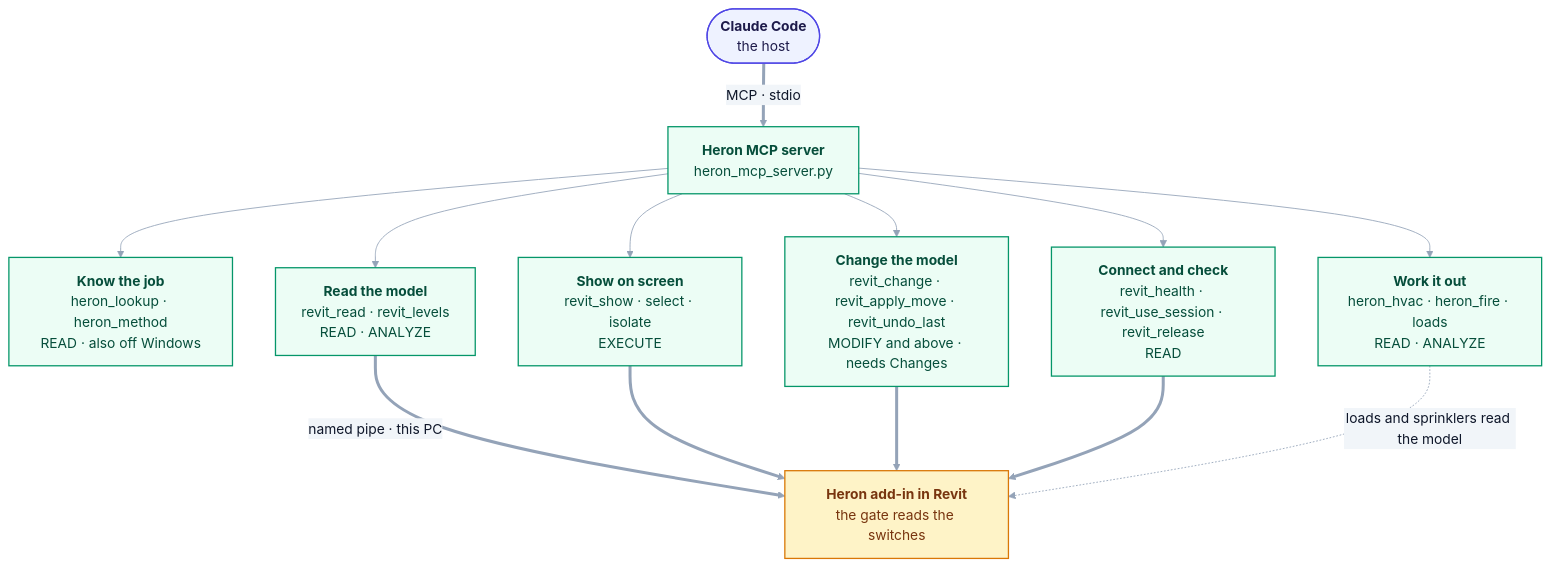
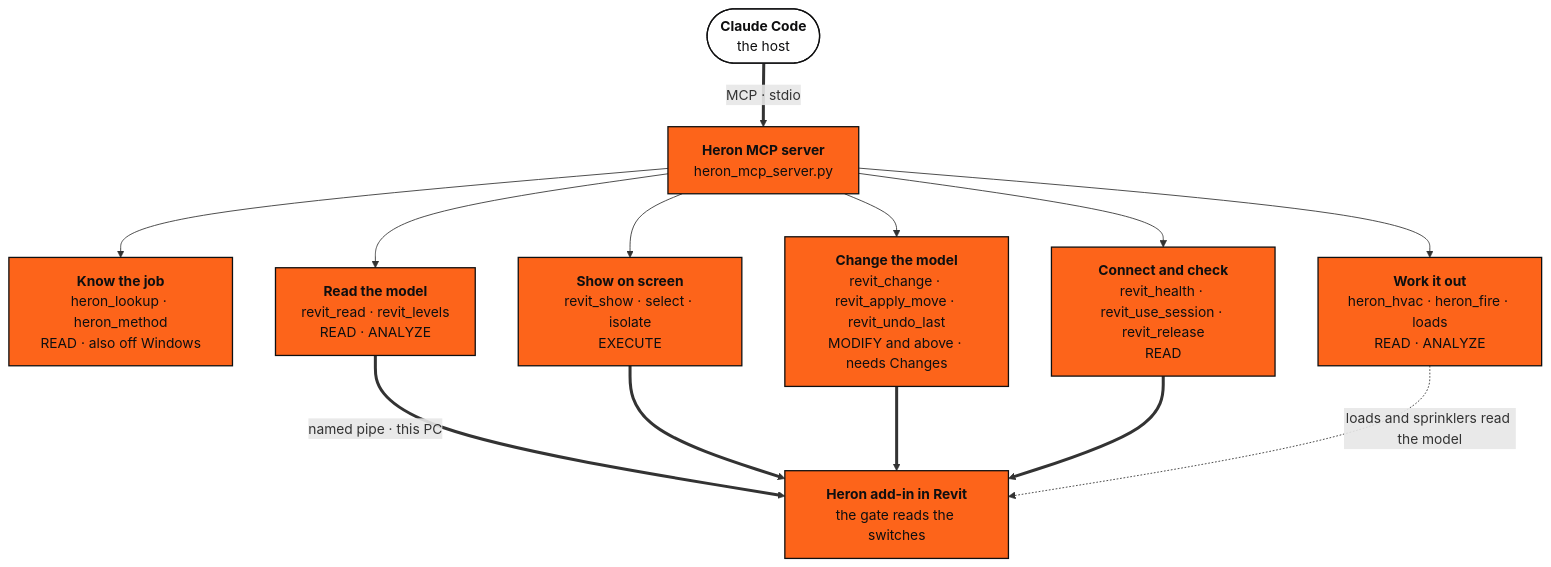
Before and after one commit to Ajmalpshaik/Heron-AI: the diagram in mcp/README.md, drawn with Mermaid. The commit also changed 44 other files, not shown here.

First line of the commit message:
Diagrams in the other docs move to the brand palette (D-149, #1116)

````diff
--- a/mcp/README.md
+++ b/mcp/README.md
@@ -29,33 +29,32 @@
 ```mermaid
-%%{init: {"themeVariables": {"edgeLabelBackground":"#F1F5F9","lineColor":"#94A3B8","textColor":"#0F172A","tertiaryTextColor":"#0F172A"}}}%%
 flowchart TD
     CC(["<b>Claude Code</b><br/>the host"])
     S["<b>Heron MCP server</b><br/>heron_mcp_server.py"]
     K["<b>Know the job</b><br/>heron_lookup · heron_method<br/>READ · also off Windows"]
     W["<b>Work it out</b><br/>heron_hvac · heron_fire · loads<br/>READ · ANALYZE"]
     R["<b>Read the model</b><br/>revit_read · revit_levels<br/>READ · ANALYZE"]
     SH["<b>Show on screen</b><br/>revit_show · select · isolate<br/>EXECUTE"]
     C["<b>Change the model</b><br/>revit_change · revit_apply_move · revit_undo_last<br/>MODIFY and above · needs Changes"]
     H["<b>Connect and check</b><br/>revit_health · revit_use_session · revit_release<br/>READ"]
     AD["<b>Heron add-in in Revit</b><br/>the gate reads the switches"]
 
     CC ==>|MCP · stdio| S
     S --> K
     S --> W
     S --> R
     S --> SH
     S --> C
     S --> H
     R ==>|named pipe · this PC| AD
     SH ==> AD
     C ==> AD
     H ==> AD
     W -.->|loads and sprinklers read the model| AD
 
-    classDef host fill:#EEF2FF,stroke:#4F46E5,stroke-width:1.5px,color:#1E1B4B
-    classDef brain fill:#ECFDF5,stroke:#059669,stroke-width:1.5px,color:#064E3B
-    classDef addin fill:#FEF3C7,stroke:#D97706,stroke-width:1.5px,color:#78350F
+    classDef host fill:#FFFFFF,stroke:#0F0F10,stroke-width:1.5px,color:#0F0F10
+    classDef brain fill:#FD641A,stroke:#0F0F10,stroke-width:1.5px,color:#0F0F10
+    classDef addin fill:#FD641A,stroke:#0F0F10,stroke-width:1.5px,color:#0F0F10
     class CC host
     class S,K,W,R,SH,C,H brain
     class AD addin
 ```
````
